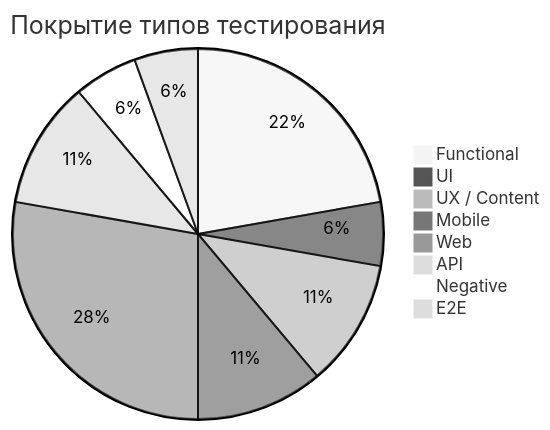
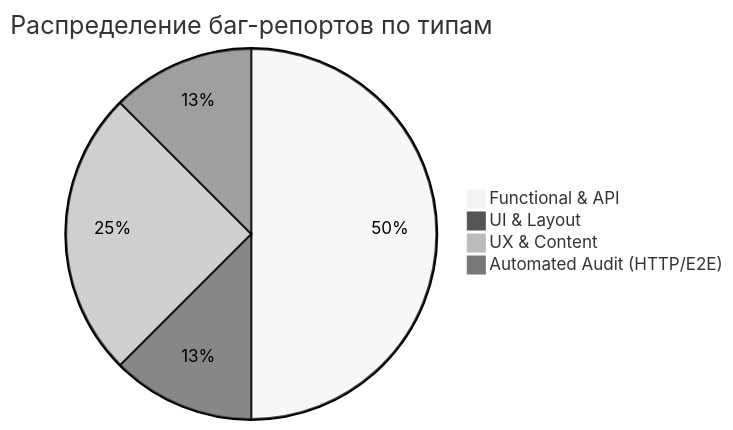
The diagram in README.md (Angel-Energy/qa-portfolio), drawn with Mermaid (neutral theme) before and after one commit. The commit also changed other lines of this file, not shown here.

````diff
--- a/README.md
+++ b/README.md
@@ -104,11 +94,7 @@
 ```mermaid
-pie title Покрытие типов тестирования
-    "Functional" : 4
-    "UI" : 1
-    "UX / Content" : 2
-    "Mobile" : 2
-    "Web" : 5
-    "API" : 2
-    "Negative" : 1
-    "E2E" : 1
+pie title Распределение баг-репортов по типам
+    "Functional & API" : 4
+    "UI & Layout" : 1
+    "UX & Content" : 2
+    "Automated Audit (HTTP/E2E)" : 1
 ```
````
